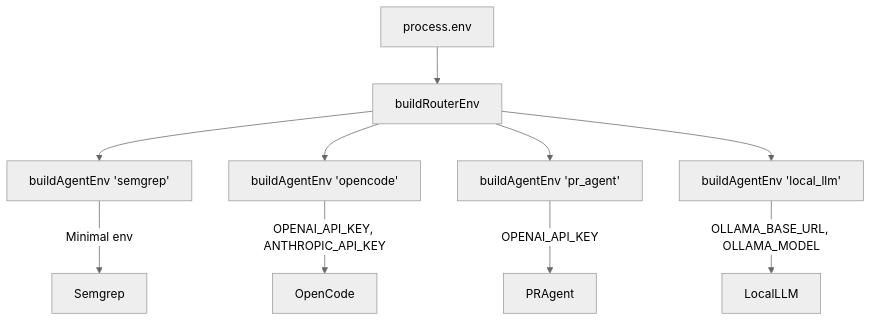
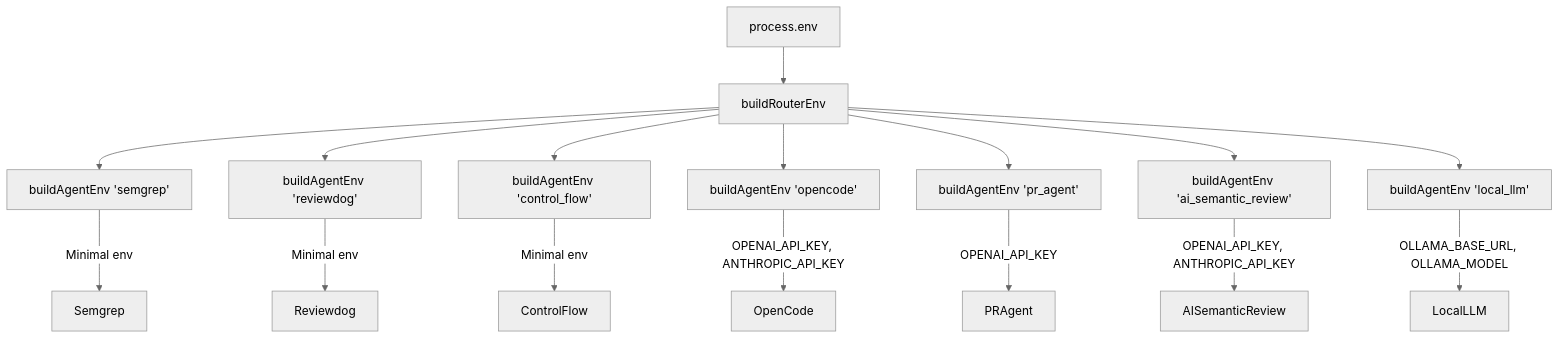
The eighth of 8 diagrams in docs/architecture/overview.md (oddessentials/odd-ai-reviewers), drawn with Mermaid (neutral theme) before and after one commit. The commit also changed other lines of this file and 3 other files, not shown here.

````diff
--- a/docs/architecture/overview.md
+++ b/docs/architecture/overview.md
@@ -240,13 +242,19 @@
 ```mermaid
 flowchart TD
     E[process.env] --> Router[buildRouterEnv]
     Router --> A1[buildAgentEnv 'semgrep']
-    Router --> A2[buildAgentEnv 'opencode']
-    Router --> A3[buildAgentEnv 'pr_agent']
-    Router --> A4[buildAgentEnv 'local_llm']
+    Router --> A2[buildAgentEnv 'reviewdog']
+    Router --> A3[buildAgentEnv 'control_flow']
+    Router --> A4[buildAgentEnv 'opencode']
+    Router --> A5[buildAgentEnv 'pr_agent']
+    Router --> A6[buildAgentEnv 'ai_semantic_review']
+    Router --> A7[buildAgentEnv 'local_llm']
 
     A1 -->|Minimal env| Semgrep
-    A2 -->|OPENAI_API_KEY, ANTHROPIC_API_KEY| OpenCode
-    A3 -->|OPENAI_API_KEY| PRAgent
-    A4 -->|OLLAMA_BASE_URL, OLLAMA_MODEL| LocalLLM
+    A2 -->|Minimal env| Reviewdog
+    A3 -->|Minimal env| ControlFlow
+    A4 -->|OPENAI_API_KEY, ANTHROPIC_API_KEY| OpenCode
+    A5 -->|OPENAI_API_KEY| PRAgent
+    A6 -->|OPENAI_API_KEY, ANTHROPIC_API_KEY| AISemanticReview
+    A7 -->|OLLAMA_BASE_URL, OLLAMA_MODEL| LocalLLM
 ```
````
